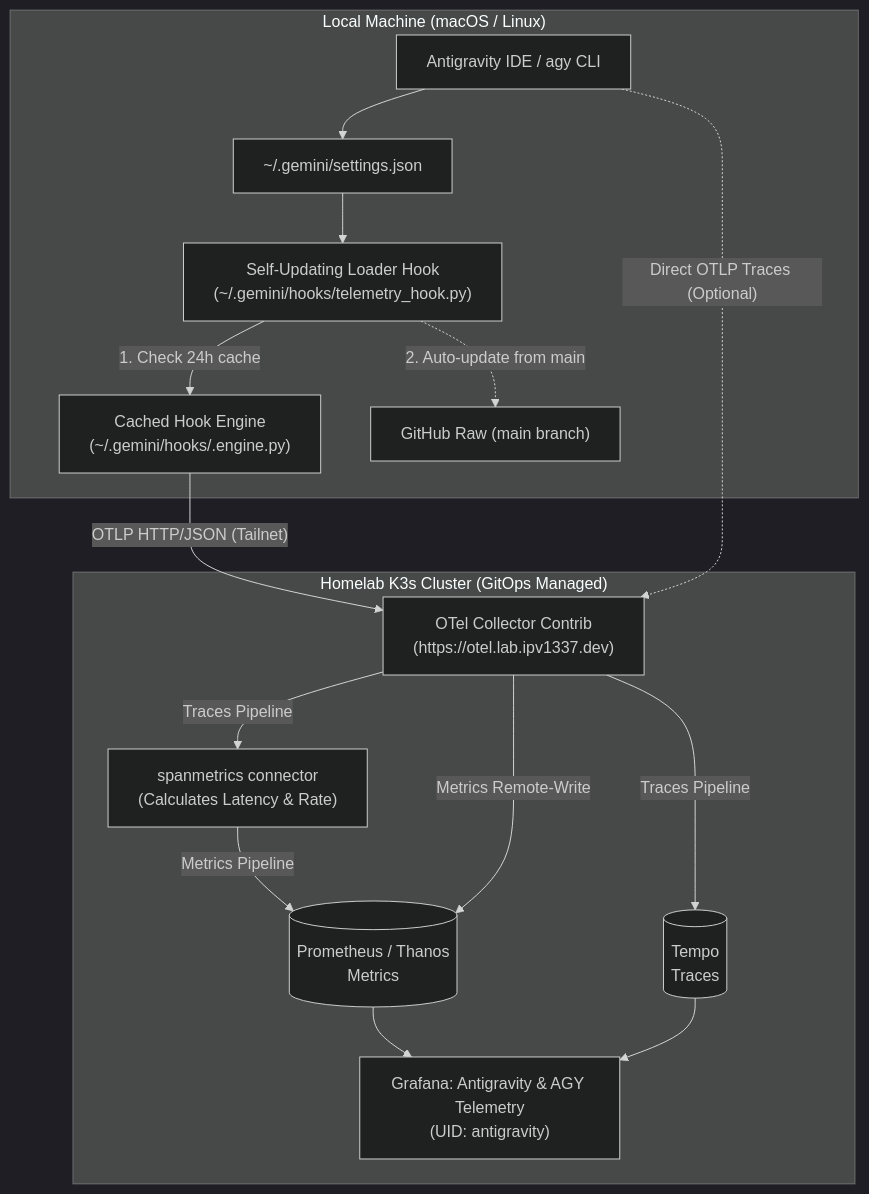
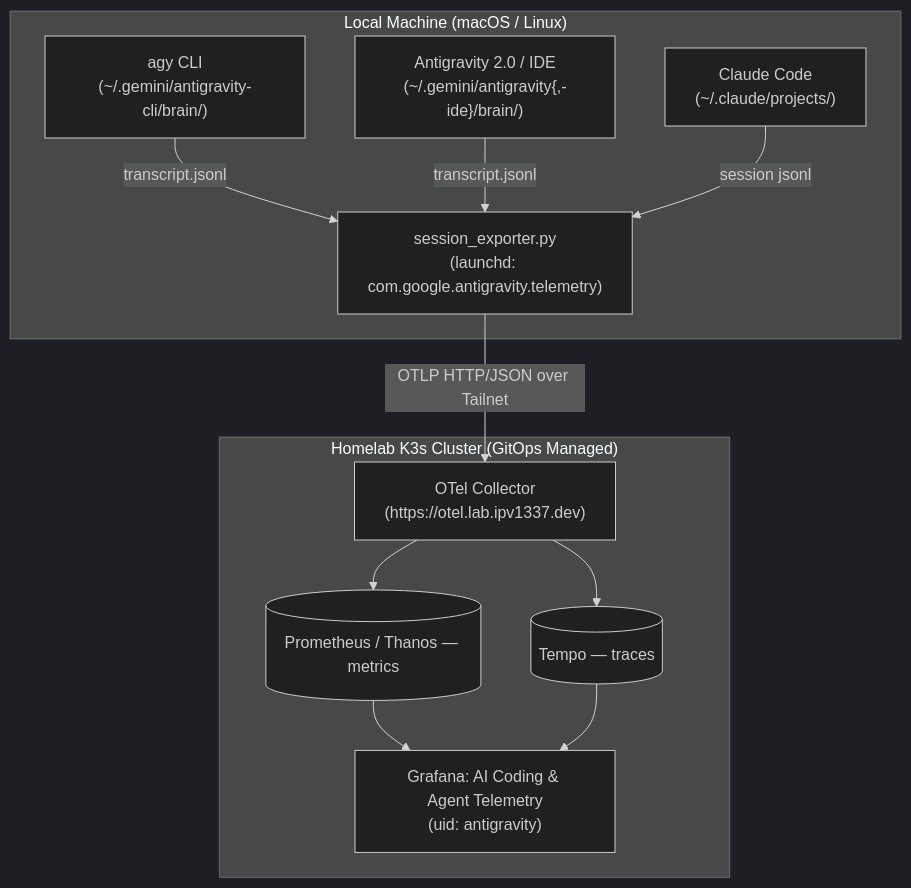
The diagram in tools/antigravity-telemetry/README.md (VitruvianSoftware/vitruvian-core), drawn with Mermaid (dark theme) before and after one commit. The commit also changed other lines of this file and 5 other files, not shown here.

````diff
--- a/tools/antigravity-telemetry/README.md
+++ b/tools/antigravity-telemetry/README.md
@@ -31,31 +41,26 @@
 ```mermaid
 flowchart TD
     subgraph Local["Local Machine (macOS / Linux)"]
-        AGY["Antigravity IDE / agy CLI"]
-        Loader["Self-Updating Loader Hook<br/>(~/.gemini/hooks/telemetry_hook.py)"]
-        Engine["Cached Hook Engine<br/>(~/.gemini/hooks/.engine.py)"]
-        Settings["~/.gemini/settings.json"]
-        
-        AGY --> Settings
-        Settings --> Loader
-        Loader -->|"1. Check 24h cache"| Engine
-        Loader -.->|"2. Auto-update from main"| GH["GitHub Raw (main branch)"]
+        AGY["agy CLI<br/>(~/.gemini/antigravity-cli/brain/)"]
+        IDE["Antigravity 2.0 / IDE<br/>(~/.gemini/antigravity{,-ide}/brain/)"]
+        CC["Claude Code<br/>(~/.claude/projects/)"]
+        Exporter["session_exporter.py<br/>(launchd: com.google.antigravity.telemetry)"]
+
+        AGY -->|"transcript.jsonl"| Exporter
+        IDE -->|"transcript.jsonl"| Exporter
+        CC -->|"session jsonl"| Exporter
     end
 
     subgraph Homelab["Homelab K3s Cluster (GitOps Managed)"]
-        OTel["OTel Collector Contrib<br/>(https://otel.lab.ipv1337.dev)"]
-        SpanMetrics["spanmetrics connector<br/>(Calculates Latency & Rate)"]
-        Tempo[("Tempo<br/>Traces")]
-        Prom[("Prometheus / Thanos<br/>Metrics")]
-        Grafana["Grafana: Antigravity & AGY Telemetry<br/>(UID: antigravity)"]
+        OTel["OTel Collector<br/>(https://otel.lab.ipv1337.dev)"]
+        Tempo[("Tempo — traces")]
+        Prom[("Prometheus / Thanos — metrics")]
+        Grafana["Grafana: AI Coding & Agent Telemetry<br/>(uid: antigravity)"]
 
-        Engine -->|"OTLP HTTP/JSON (Tailnet)"| OTel
-        AGY -.->|"Direct OTLP Traces (Optional)"| OTel
-        OTel -->|"Traces Pipeline"| Tempo
-        OTel -->|"Traces Pipeline"| SpanMetrics
-        SpanMetrics -->|"Metrics Pipeline"| Prom
-        OTel -->|"Metrics Remote-Write"| Prom
+        Exporter -->|"OTLP HTTP/JSON over Tailnet"| OTel
+        OTel --> Tempo
+        OTel --> Prom
         Prom --> Grafana
         Tempo --> Grafana
     end
 ```
````
